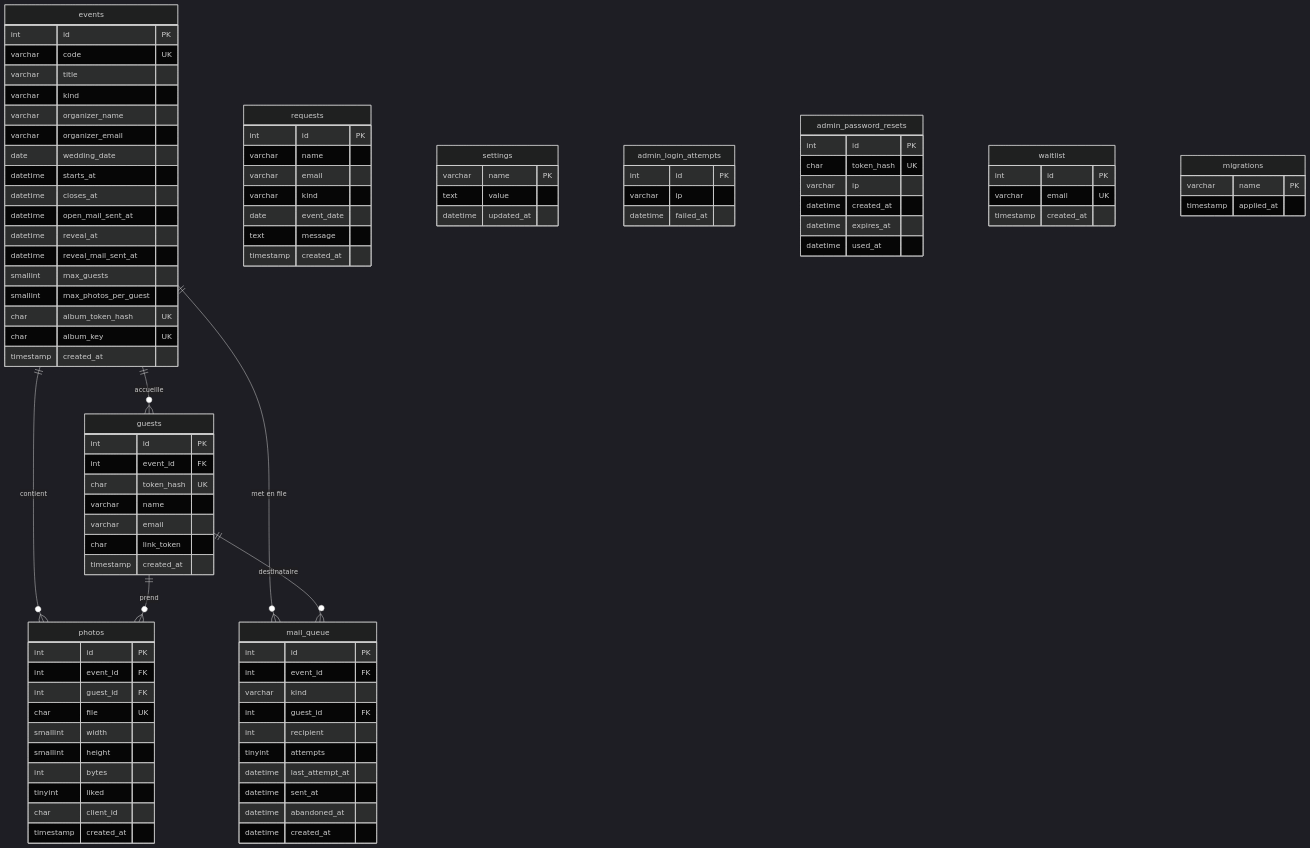
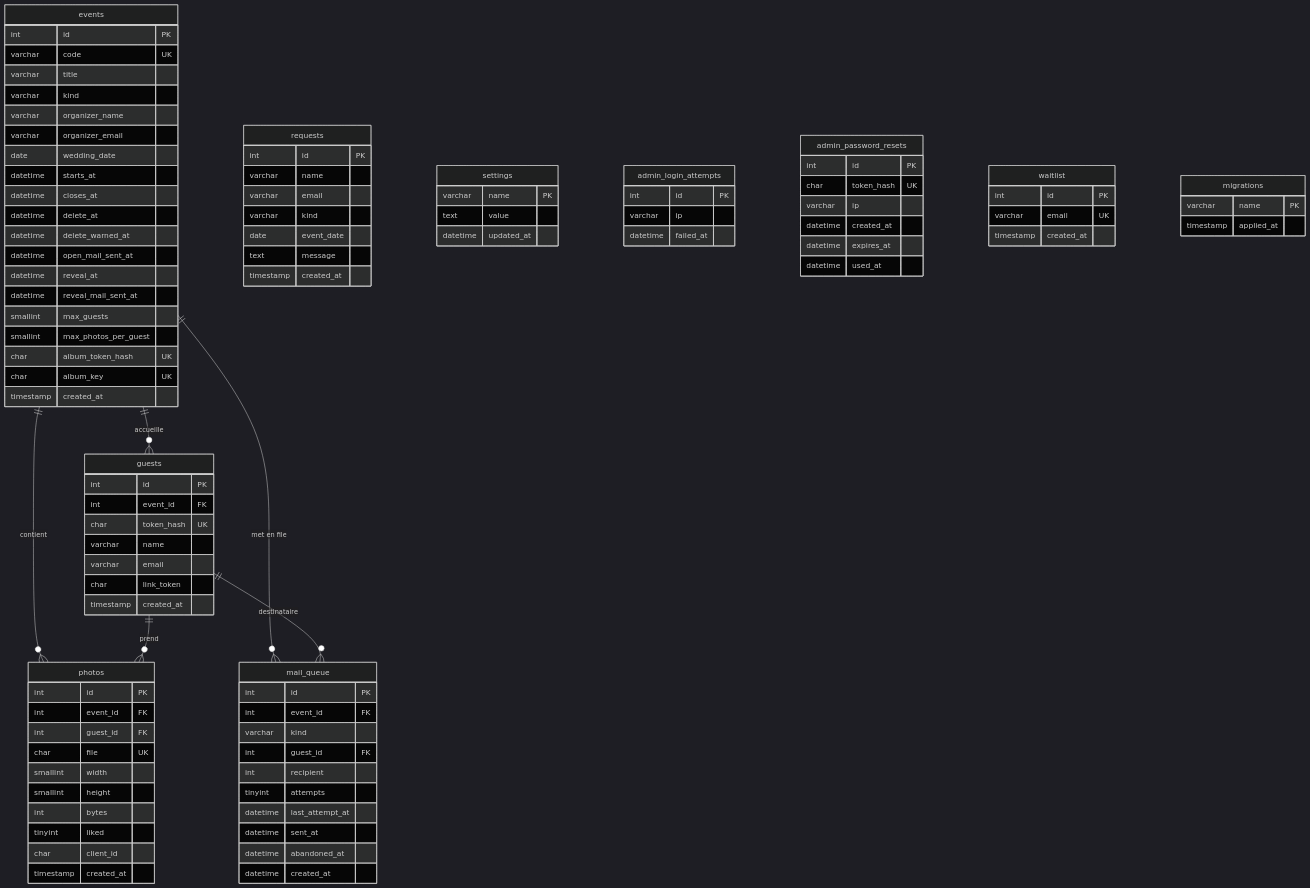
One commit to fsvoboda/OuiSnap changed the fourth of 7 diagrams in docs/SDD.md. Above: the diagram before and after it, drawn with Mermaid (dark theme). The commit also changed other lines of this file and 2 other files, not shown here.

```diff
--- a/docs/SDD.md
+++ b/docs/SDD.md
@@ -652,6 +660,8 @@
     date wedding_date
     datetime starts_at
     datetime closes_at
+    datetime delete_at
+    datetime delete_warned_at
     datetime open_mail_sent_at
     datetime reveal_at
     datetime reveal_mail_sent_at
```
